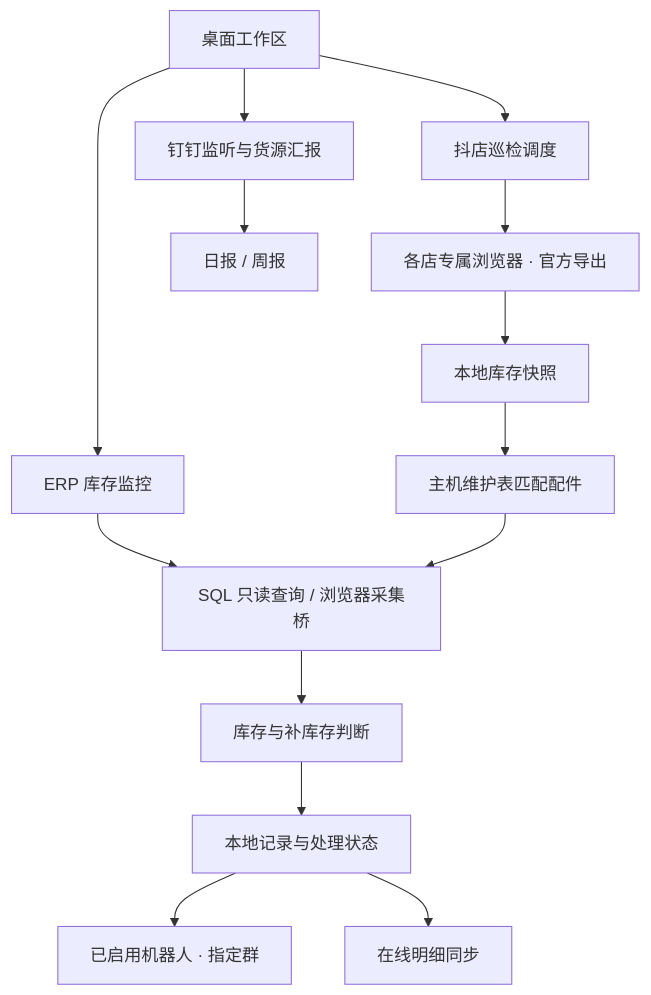
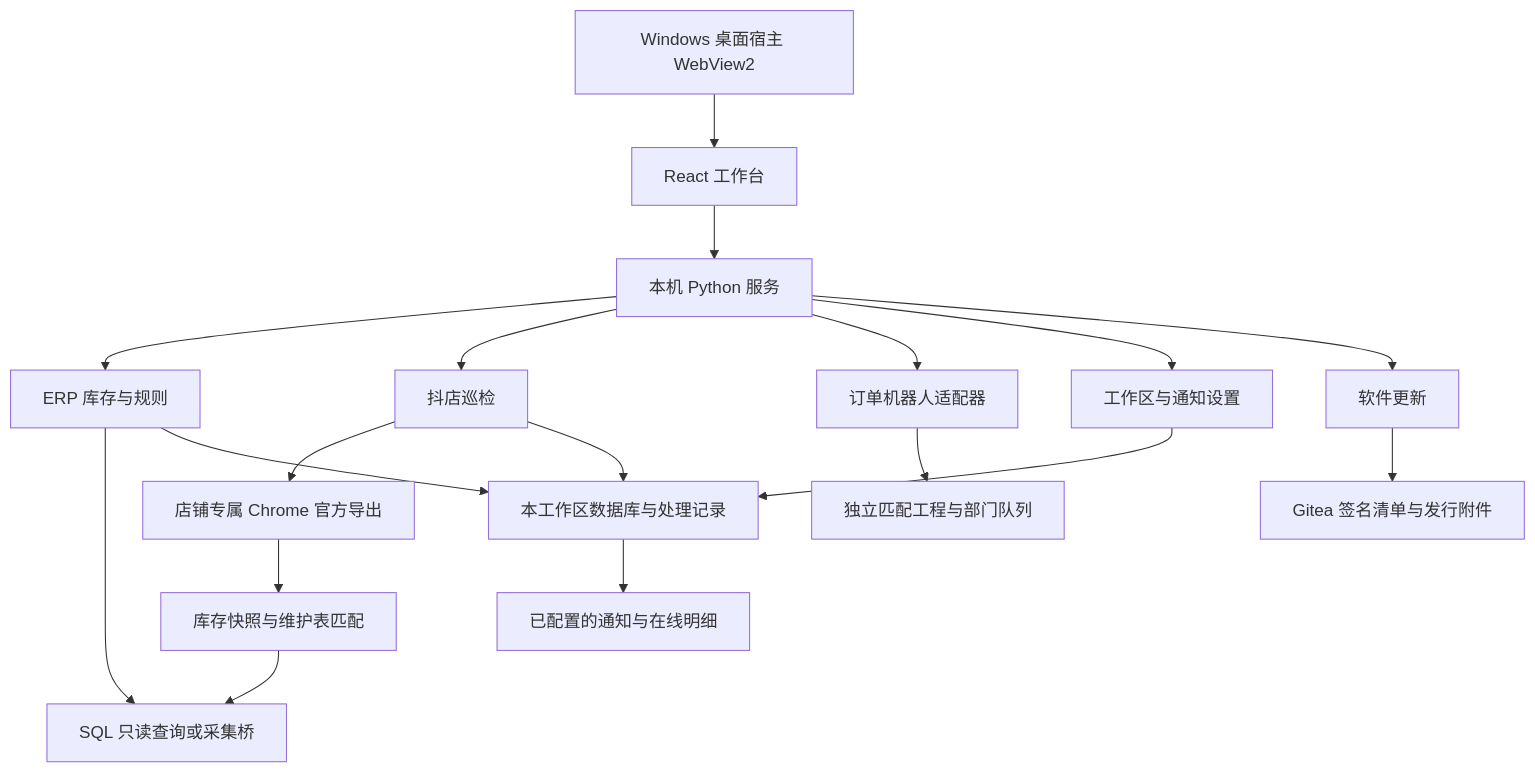
Before and after one commit to yamakaze1234/backend-inventory-monitor: the first of 2 diagrams in docs/结构与数据流.md, drawn with Mermaid. The commit also changed other lines of this file and 19 other files, not shown here.

````diff
--- a/docs/结构与数据流.md
+++ b/docs/结构与数据流.md
@@ -5,16 +5,20 @@
 ```mermaid
 flowchart TD
-    UI[桌面工作区] --> ERP[ERP 库存监控]
-    UI --> DY[抖店巡检调度]
-    UI --> MSG[钉钉监听与货源汇报]
-    ERP --> SQL[SQL 只读查询 / 浏览器采集桥]
-    DY --> BROWSER[各店专属浏览器 · 官方导出]
-    BROWSER --> SNAP[本地库存快照]
-    SNAP --> PARTS[主机维护表匹配配件]
-    PARTS --> SQL
-    SQL --> RULES[库存与补库存判断]
-    RULES --> LOCAL[本地记录与处理状态]
-    LOCAL --> ROBOT[已启用机器人 · 指定群]
-    LOCAL --> ONLINE[在线明细同步]
-    MSG --> REPORT[日报 / 周报]
+    Host[Windows 桌面宿主 WebView2] --> Web[React 工作台]
+    Web --> API[本机 Python 服务]
+    API --> ERP[ERP 库存与规则]
+    API --> Shop[抖店巡检]
+    API --> Orders[订单机器人适配器]
+    API --> Settings[工作区与通知设置]
+    API --> Updater[软件更新]
+    ERP --> SQL[SQL 只读查询或采集桥]
+    Shop --> Browser[店铺专属 Chrome 官方导出]
+    Browser --> Snapshot[库存快照与维护表匹配]
+    Snapshot --> SQL
+    Orders --> Backend[独立匹配工程与部门队列]
+    ERP --> Data[本工作区数据库与处理记录]
+    Shop --> Data
+    Settings --> Data
+    Data --> Notice[已配置的通知与在线明细]
+    Updater --> Release[Gitea 签名清单与发行附件]
 ```
````
